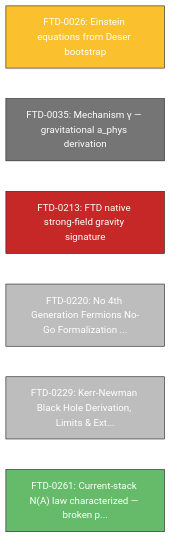
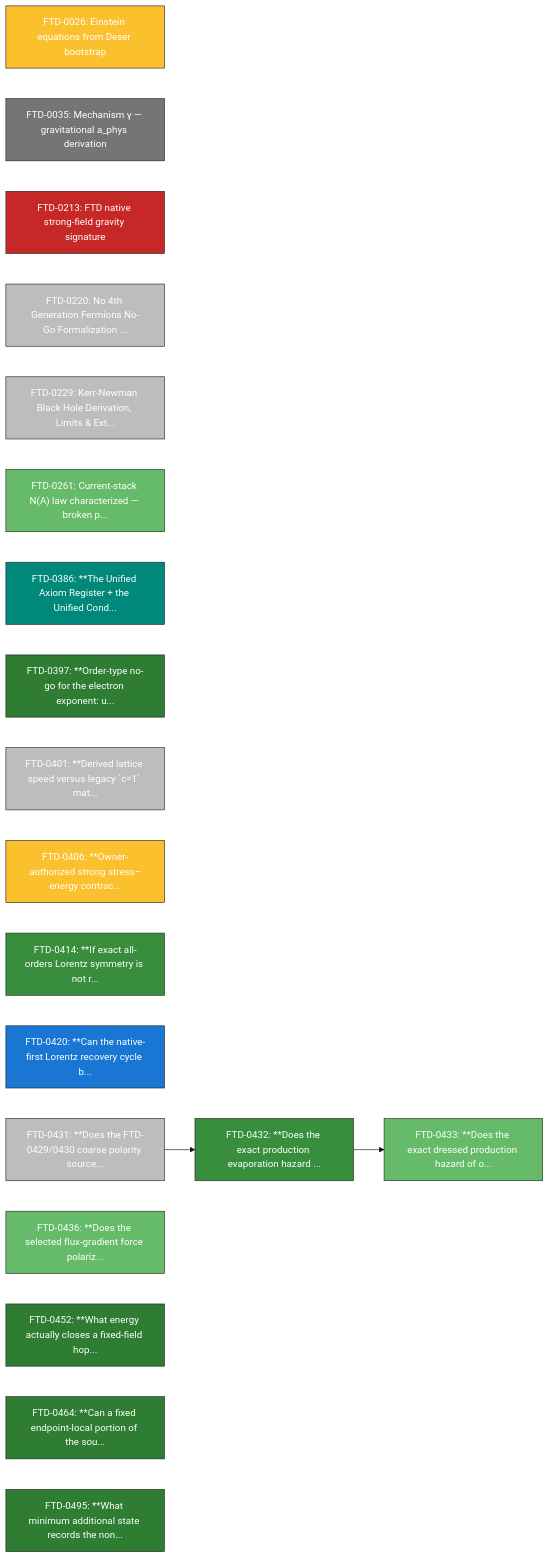
The eighth of 16 diagrams in docs/theory/09_mathematical/NODE_MAP_FTD_MATH.md (cpaci-tani/Foundational-Ternary-Dynamics), drawn with Mermaid (base theme) before and after one commit. The commit also changed other lines of this file and 103 other files, not shown here.

````diff
--- a/docs/theory/09_mathematical/NODE_MAP_FTD_MATH.md
+++ b/docs/theory/09_mathematical/NODE_MAP_FTD_MATH.md
@@ -369,15 +443,43 @@
 ```mermaid
 graph LR
     FTD_0026["FTD-0026: Einstein equations from Deser bootstrap"]
     style FTD_0026 fill:#fbc02d,color:white,stroke:#222,stroke-width:1px
     FTD_0035["FTD-0035: Mechanism γ — gravitational a_phys derivation"]
     style FTD_0035 fill:#757575,color:white,stroke:#222,stroke-width:1px
     FTD_0213["FTD-0213: FTD native strong-field gravity signature"]
     style FTD_0213 fill:#c62828,color:white,stroke:#222,stroke-width:1px
     FTD_0220["FTD-0220: No 4th Generation Fermions No-Go Formalization ..."]
     style FTD_0220 fill:#bdbdbd,color:white,stroke:#222,stroke-width:1px
     FTD_0229["FTD-0229: Kerr-Newman Black Hole Derivation, Limits & Ext..."]
     style FTD_0229 fill:#bdbdbd,color:white,stroke:#222,stroke-width:1px
     FTD_0261["FTD-0261: Current-stack N(A) law characterized — broken p..."]
     style FTD_0261 fill:#66bb6a,color:white,stroke:#222,stroke-width:1px
+    FTD_0386["FTD-0386: **The Unified Axiom Register + the Unified Cond..."]
+    style FTD_0386 fill:#00897b,color:white,stroke:#222,stroke-width:1px
+    FTD_0397["FTD-0397: **Order-type no-go for the electron exponent: u..."]
+    style FTD_0397 fill:#2e7d32,color:white,stroke:#222,stroke-width:1px
+    FTD_0401["FTD-0401: **Derived lattice speed versus legacy `c=1` mat..."]
+    style FTD_0401 fill:#bdbdbd,color:white,stroke:#222,stroke-width:1px
+    FTD_0406["FTD-0406: **Owner-authorized strong stress–energy contrac..."]
+    style FTD_0406 fill:#fbc02d,color:white,stroke:#222,stroke-width:1px
+    FTD_0414["FTD-0414: **If exact all-orders Lorentz symmetry is not r..."]
+    style FTD_0414 fill:#388e3c,color:white,stroke:#222,stroke-width:1px
+    FTD_0420["FTD-0420: **Can the native-first Lorentz recovery cycle b..."]
+    style FTD_0420 fill:#1976d2,color:white,stroke:#222,stroke-width:1px
+    FTD_0431["FTD-0431: **Does the FTD-0429/0430 coarse polarity source..."]
+    style FTD_0431 fill:#bdbdbd,color:white,stroke:#222,stroke-width:1px
+    FTD_0432["FTD-0432: **Does the exact production evaporation hazard ..."]
+    style FTD_0432 fill:#388e3c,color:white,stroke:#222,stroke-width:1px
+    FTD_0433["FTD-0433: **Does the exact dressed production hazard of o..."]
+    style FTD_0433 fill:#66bb6a,color:white,stroke:#222,stroke-width:1px
+    FTD_0436["FTD-0436: **Does the selected flux-gradient force polariz..."]
+    style FTD_0436 fill:#66bb6a,color:white,stroke:#222,stroke-width:1px
+    FTD_0452["FTD-0452: **What energy actually closes a fixed-field hop..."]
+    style FTD_0452 fill:#2e7d32,color:white,stroke:#222,stroke-width:1px
+    FTD_0464["FTD-0464: **Can a fixed endpoint-local portion of the sou..."]
+    style FTD_0464 fill:#2e7d32,color:white,stroke:#222,stroke-width:1px
+    FTD_0495["FTD-0495: **What minimum additional state records the non..."]
+    style FTD_0495 fill:#2e7d32,color:white,stroke:#222,stroke-width:1px
+    FTD_0431 --> FTD_0432
+    FTD_0432 --> FTD_0433
 ```
````
